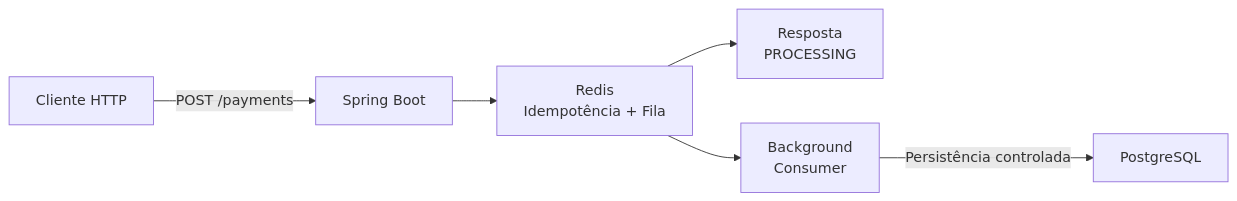
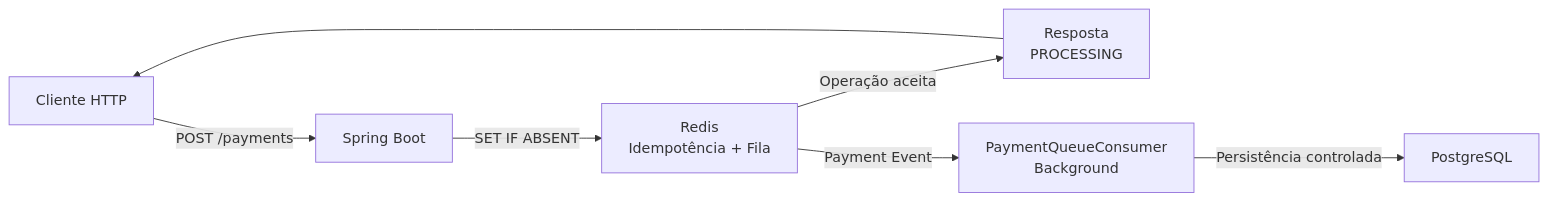
Before and after one commit to rubensrabelo/sistema-pagamentos-idempotente: the second of 7 diagrams in spring-boot/docs/performance-tests/REPORT-005.md, drawn with Mermaid. The commit also changed other lines of this file and 1 other file, not shown here.

````diff
--- a/spring-boot/docs/performance-tests/REPORT-005.md
+++ b/spring-boot/docs/performance-tests/REPORT-005.md
@@ -61,21 +65,22 @@
 ```mermaid
 flowchart LR
 
     A["Cliente HTTP"]
 
     B["Spring Boot"]
 
     C["Redis<br/>Idempotência + Fila"]
 
     D["Resposta<br/>PROCESSING"]
 
-    E["Background<br/>Consumer"]
+    E["PaymentQueueConsumer<br/>Background"]
 
     F["PostgreSQL"]
 
     A -->|"POST /payments"| B
-    B --> C
-    C --> D
-    C --> E
+    B -->|"SET IF ABSENT"| C
+    C -->|"Operação aceita"| D
+    D --> A
+    C -->|"Payment Event"| E
     E -->|"Persistência controlada"| F
 ```
````
